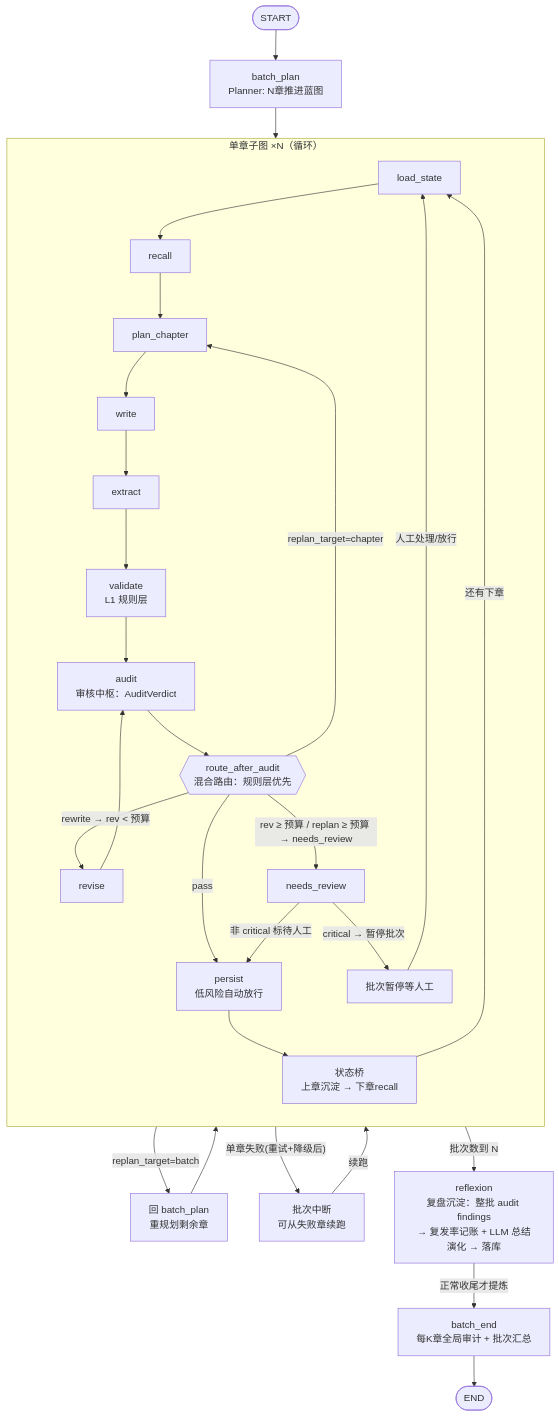
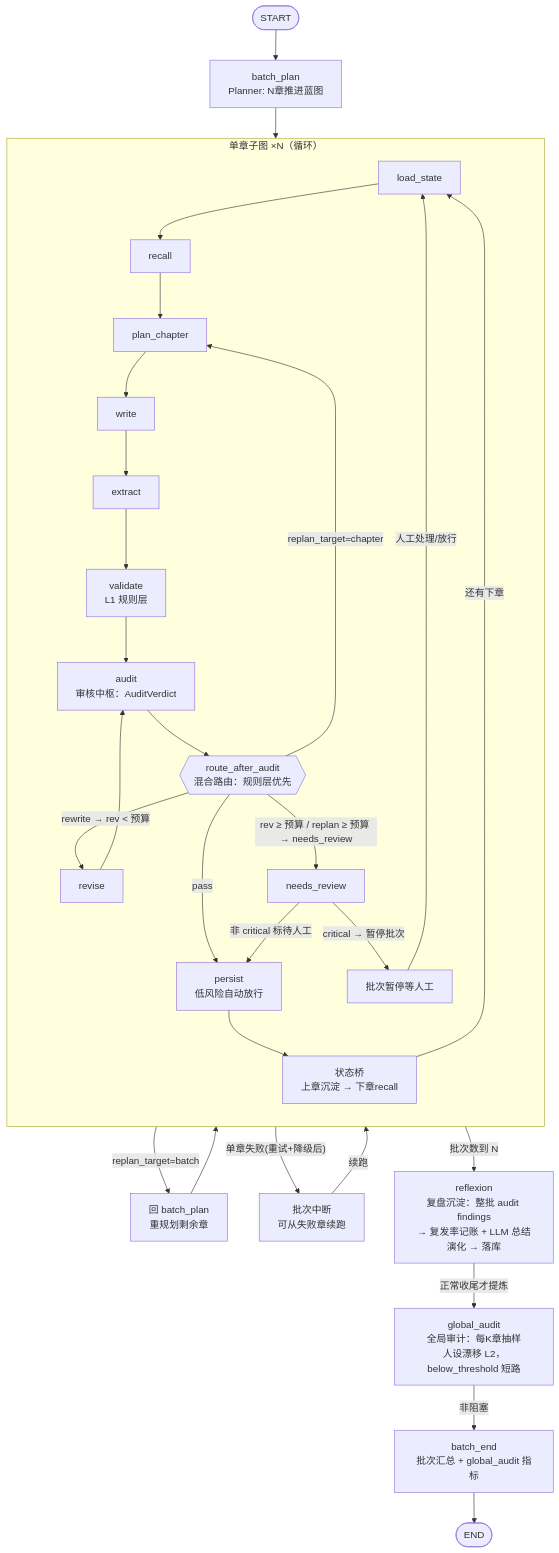
One commit to frostloom/Myink changed the diagram in spec/state-flow.md. Above: the diagram before and after it, drawn with Mermaid. The commit also changed other lines of this file and 18 other files, not shown here.

````diff
--- a/spec/state-flow.md
+++ b/spec/state-flow.md
@@ -13,33 +13,34 @@
 ```mermaid
 flowchart TD
     START([START]) --> BP[batch_plan<br/>Planner: N章推进蓝图]
     BP --> LS[load_state]
 
     subgraph CHAP["单章子图 ×N（循环）"]
         direction TB
         LS --> RC[recall]
         RC --> PC[plan_chapter]
         PC --> W[write]
         W --> EX[extract]
         EX --> VA[validate<br/>L1 规则层]
         VA --> AU[audit<br/>审核中枢：AuditVerdict]
         AU --> RT{{route_after_audit<br/>混合路由：规则层优先}}
         RT -- "pass" --> PERSIST[persist<br/>低风险自动放行]
         RT -- "rewrite → rev < 预算" --> RV[revise] --> AU
         RT -- "replan_target=chapter" --> PC
         RT -- "rev ≥ 预算 / replan ≥ 预算 → needs_review" --> NR[needs_review]
         NR -- "非 critical 标待人工" --> PERSIST
         NR -- "critical → 暂停批次" --> PAUSE[批次暂停等人工]
         PERSIST --> BRIDGE[状态桥<br/>上章沉淀 → 下章recall]
     end
 
     BRIDGE -- "还有下章" --> LS
     PAUSE -- "人工处理/放行" --> LS
     AU -- "replan_target=batch" --> REBP[回 batch_plan<br/>重规划剩余章]
     REBP --> LS
     BRIDGE -- "单章失败(重试+降级后)" --> FAIL[批次中断<br/>可从失败章续跑]
     FAIL -- "续跑" --> LS
     BRIDGE -- "批次数到 N" --> RF[reflexion<br/>复盘沉淀：整批 audit findings<br/>→ 复发率记账 + LLM 总结演化 → 落库]
-    RF -- "正常收尾才提炼" --> BE[batch_end<br/>每K章全局审计 + 批次汇总]
+    RF -- "正常收尾才提炼" --> GA[global_audit<br/>全局审计：每K章抽样<br/>人设漂移 L2，below_threshold 短路]
+    GA -- "非阻塞" --> BE[batch_end<br/>批次汇总 + global_audit 指标]
     BE --> END([END])
 ```
````
